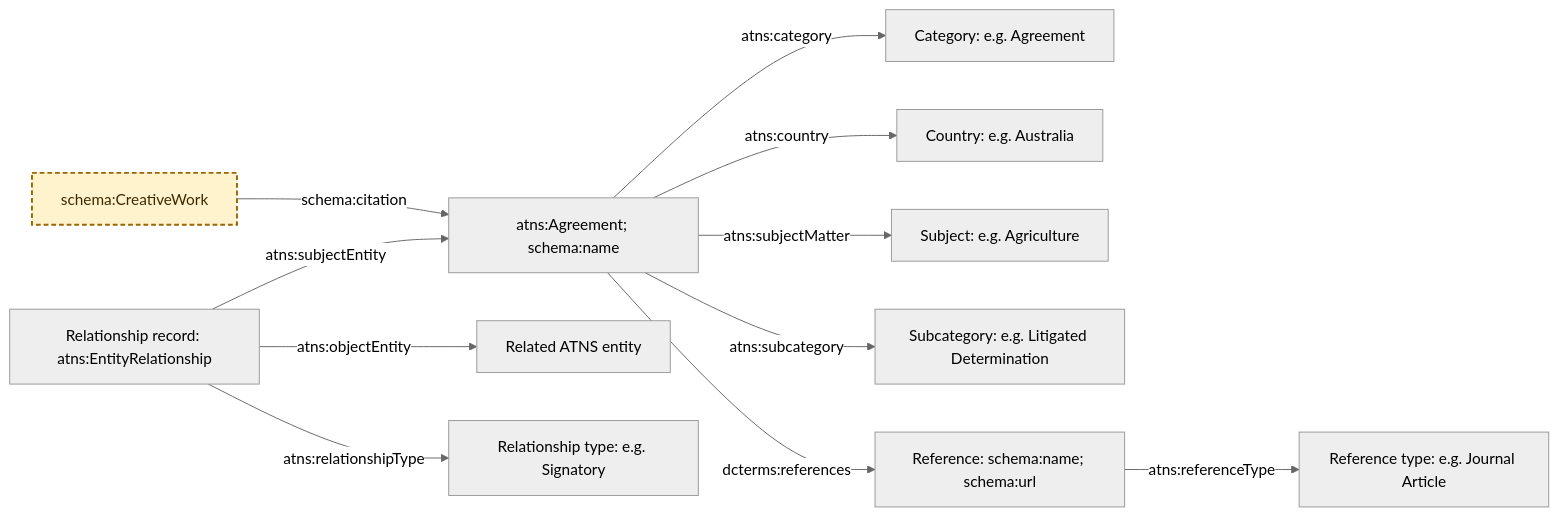
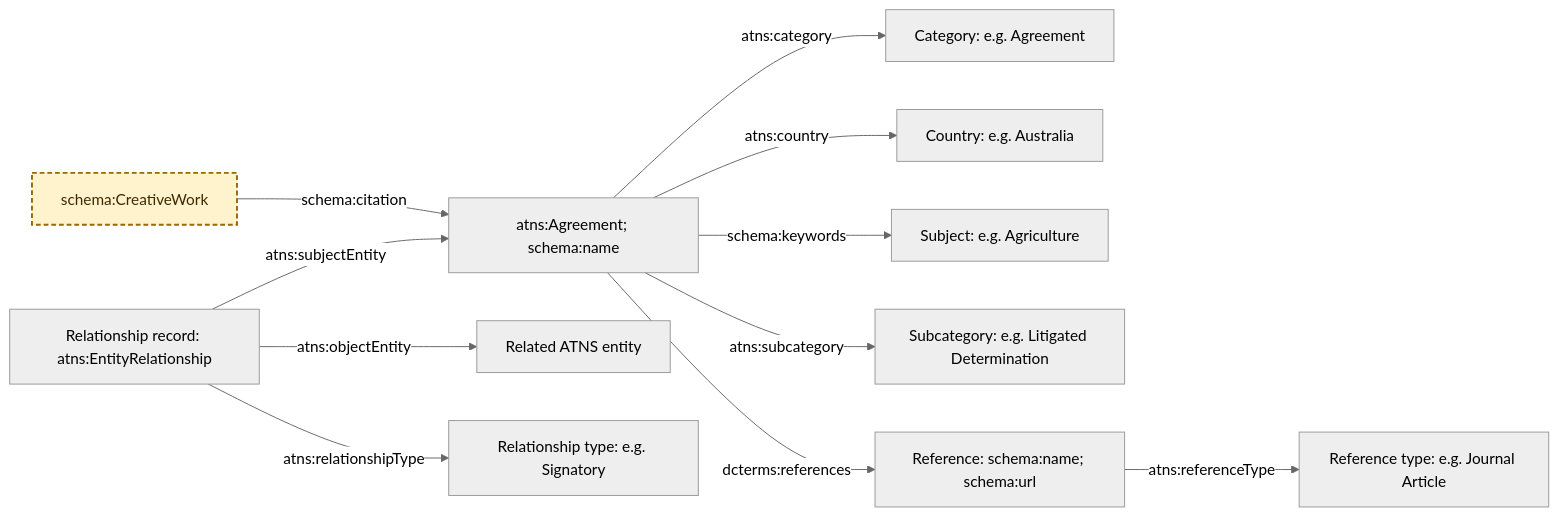
One commit to idn-au/atns-preservation changed the diagram in README.md. Above: the diagram before and after it, drawn with Mermaid (neutral theme).

Commit message:
Update agreement mapping from subject to keywords

````diff
--- a/README.md
+++ b/README.md
@@ -14,34 +14,34 @@
 ```mermaid
 flowchart LR
     work["schema:CreativeWork"]
     agreement["atns:Agreement; schema:name"]
 
     category["Category: e.g. Agreement"]
     country["Country: e.g. Australia"]
     subject["Subject: e.g. Agriculture"]
     subcategory["Subcategory: e.g. Litigated Determination"]
 
     reference["Reference: schema:name; schema:url"]
     referenceType["Reference type: e.g. Journal Article"]
 
     relationship["Relationship record: atns:EntityRelationship"]
     relatedEntity["Related ATNS entity"]
     relationshipType["Relationship type: e.g. Signatory"]
 
     work -->|schema:citation| agreement
 
     agreement -->|atns:category| category
     agreement -->|atns:country| country
-    agreement -->|atns:subjectMatter| subject
+    agreement -->|schema:keywords| subject
     agreement -->|atns:subcategory| subcategory
 
     agreement -->|dcterms:references| reference
     reference -->|atns:referenceType| referenceType
 
     relationship -->|atns:subjectEntity| agreement
     relationship -->|atns:objectEntity| relatedEntity
     relationship -->|atns:relationshipType| relationshipType
 
     classDef external fill:#fff3cd,stroke:#9a6700,color:#3d2a00,stroke-width:2px,stroke-dasharray:5 3
     class work external
 ```
````
